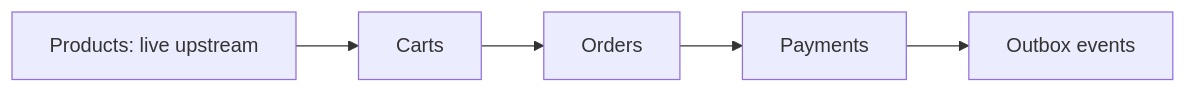
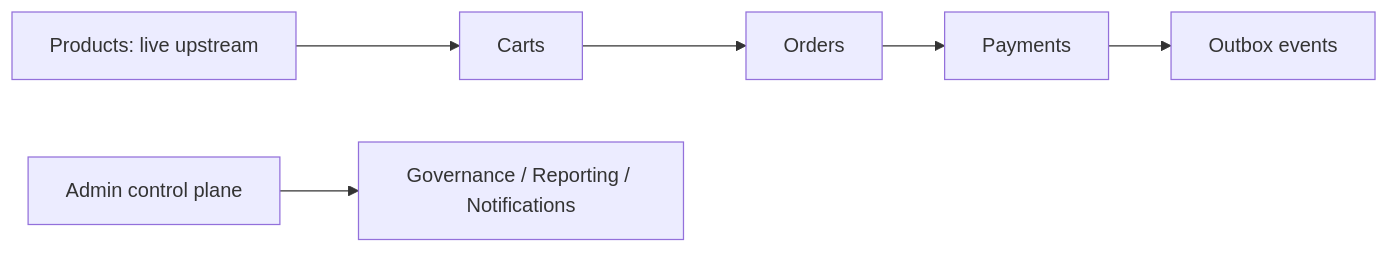
One commit to metrodiesign/pol-core changed the diagram in docs/reference/platform-modules.md. Above: the diagram before and after it, drawn with Mermaid. The commit also changed other lines of this file and 20 other files, not shown here.

First line of the commit message:
docs(admin): align control plane references

````diff
--- a/docs/reference/platform-modules.md
+++ b/docs/reference/platform-modules.md
@@ -10,7 +10,8 @@
 ```mermaid
 flowchart LR
     P["Products: live upstream"] --> C["Carts"]
     C --> O["Orders"]
     O --> T["Payments"]
     T --> X["Outbox events"]
+    A["Admin control plane"] --> G["Governance / Reporting / Notifications"]
 ```
````
